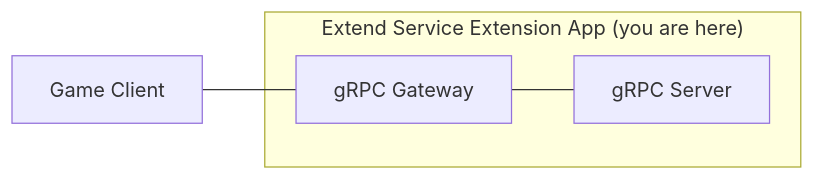
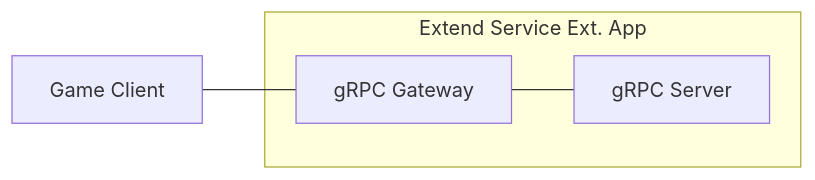
The diagram in README.md (elmernocon/extend-service-extension-python), drawn with Mermaid before and after one commit.

Commit message:
docs(readme): fix mermaid diagram

````diff
--- a/README.md
+++ b/README.md
@@ -3,10 +3,10 @@
 ```mermaid
 flowchart LR
    CL[Game Client]
-   subgraph "Extend Service Extension App (you are here)"
+   subgraph "Extend Service Ext. App"
    GW["gRPC Gateway"]
    SV["gRPC Server"]
    end
    CL --- GW
    GW --- SV
 ```
````
